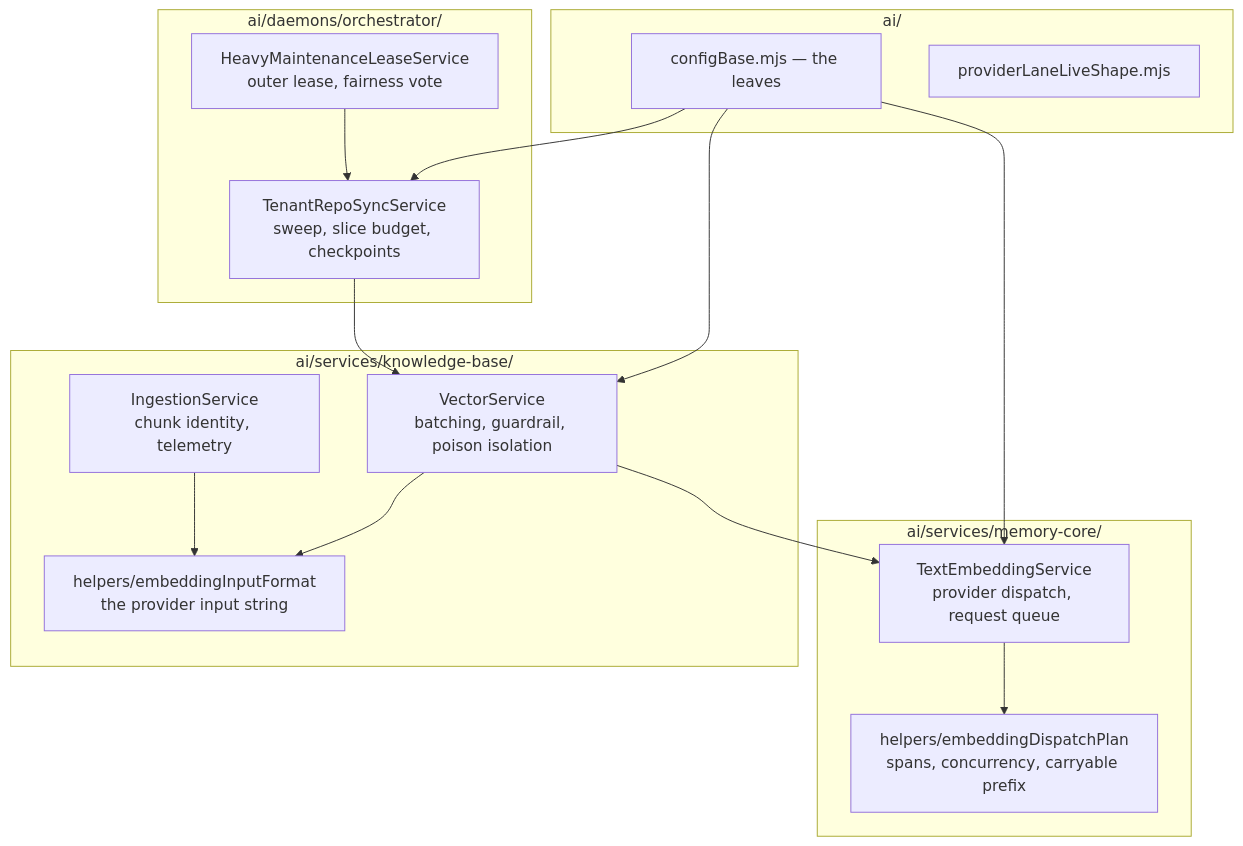
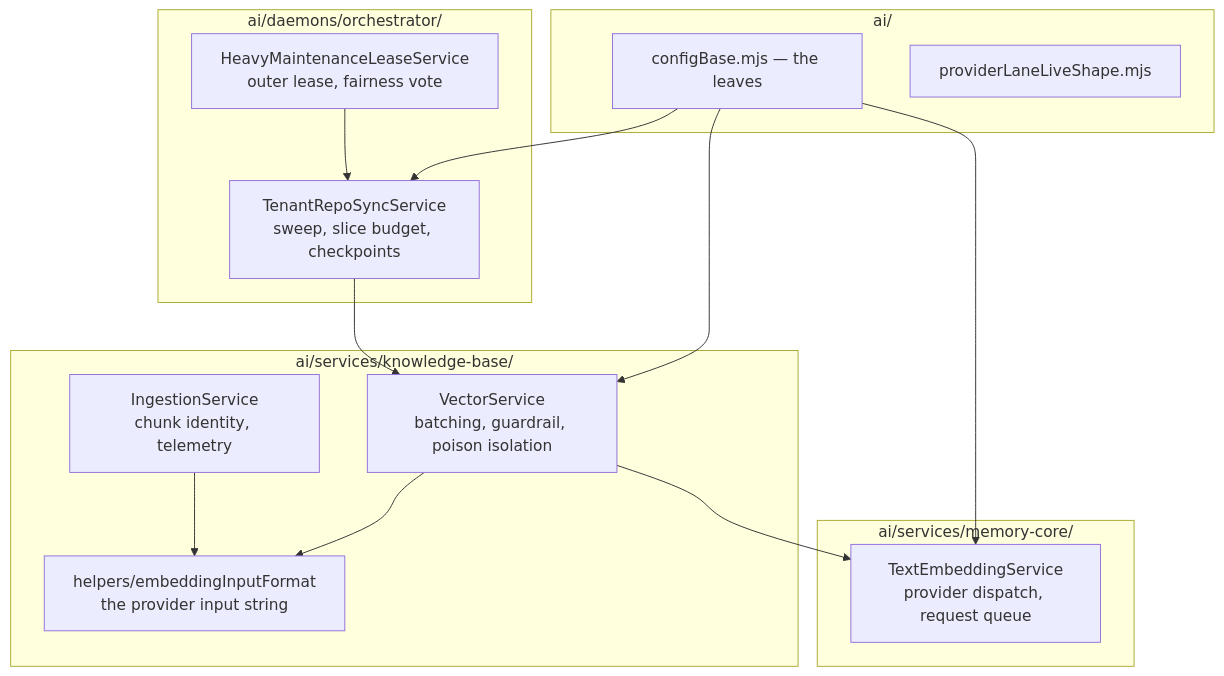
One commit to neomjs/neo changed the sixth of 6 diagrams in learn/agentos/EmbeddingLane.md. Above: the diagram before and after it, drawn with Mermaid. The commit also changed other lines of this file and 1 other file, not shown here.

````diff
--- a/learn/agentos/EmbeddingLane.md
+++ b/learn/agentos/EmbeddingLane.md
@@ -215,27 +246,26 @@
 ```mermaid
 flowchart TD
     subgraph mc["ai/services/memory-core/"]
         TES["TextEmbeddingService<br/>provider dispatch, request queue"]
-        Plan["helpers/embeddingDispatchPlan<br/>spans, concurrency, carryable prefix"]
     end
     subgraph kb["ai/services/knowledge-base/"]
         VS["VectorService<br/>batching, guardrail, poison isolation"]
         IS["IngestionService<br/>chunk identity, telemetry"]
         Fmt["helpers/embeddingInputFormat<br/>the provider input string"]
     end
     subgraph orch["ai/daemons/orchestrator/"]
         TRS["TenantRepoSyncService<br/>sweep, slice budget, checkpoints"]
         Lease["HeavyMaintenanceLeaseService<br/>outer lease, fairness vote"]
     end
     subgraph cfg["ai/"]
         Leaves["configBase.mjs — the leaves"]
         LiveShape["providerLaneLiveShape.mjs"]
     end
-    TRS --> VS --> TES --> Plan
+    TRS --> VS --> TES
     IS --> Fmt
     VS --> Fmt
     Lease --> TRS
     Leaves --> TES
     Leaves --> VS
     Leaves --> TRS
 ```
````
